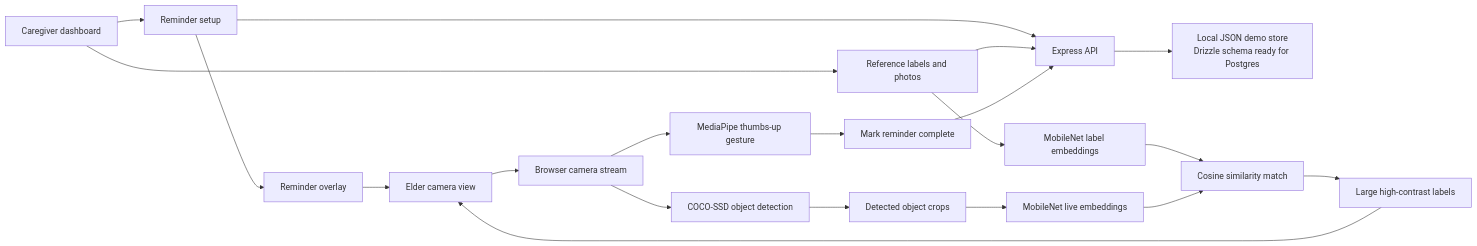
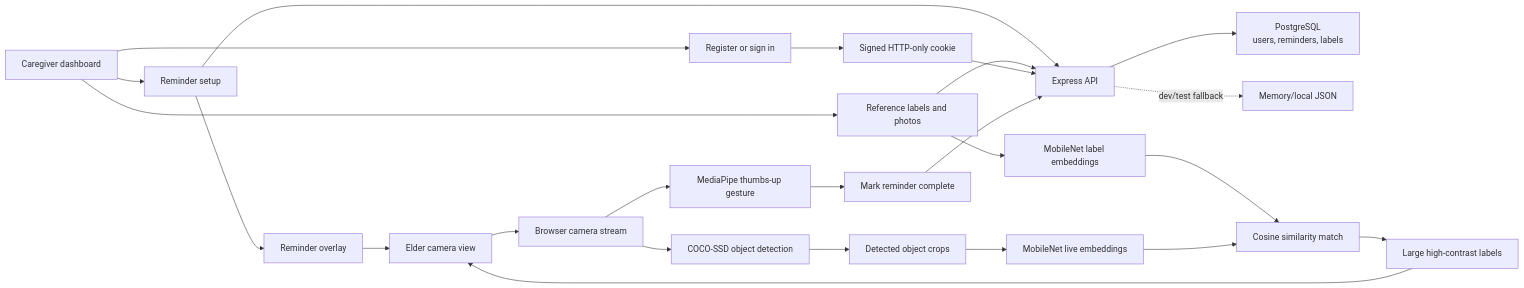
One commit to nguyenthevietquang07/eyes-open-dementia-care changed the diagram in docs/architecture.md. Above: the diagram before and after it, drawn with Mermaid. The commit also changed other lines of this file and 22 other files, not shown here.

````diff
--- a/docs/architecture.md
+++ b/docs/architecture.md
@@ -5,23 +5,27 @@
 ```mermaid
 flowchart LR
-  caregiver["Caregiver dashboard"] --> reminders["Reminder setup"]
+  caregiver["Caregiver dashboard"] --> auth["Register or sign in"]
+  auth --> session["Signed HTTP-only cookie"]
+  caregiver --> reminders["Reminder setup"]
   caregiver --> labels["Reference labels and photos"]
   reminders --> api["Express API"]
   labels --> api
-  api --> store["Local JSON demo store<br/>Drizzle schema ready for Postgres"]
+  session --> api
+  api --> postgres["PostgreSQL<br/>users, reminders, labels"]
+  api -. "dev/test fallback" .-> memory["Memory/local JSON"]
 
   elder["Elder camera view"] --> camera["Browser camera stream"]
   camera --> detect["COCO-SSD object detection"]
   detect --> crops["Detected object crops"]
   labels --> embedLabels["MobileNet label embeddings"]
   crops --> embedLive["MobileNet live embeddings"]
   embedLabels --> match["Cosine similarity match"]
   embedLive --> match
   match --> overlays["Large high-contrast labels"]
   reminders --> reminderOverlay["Reminder overlay"]
   camera --> gesture["MediaPipe thumbs-up gesture"]
   gesture --> complete["Mark reminder complete"]
   overlays --> elder
   reminderOverlay --> elder
   complete --> api
 ```
````
